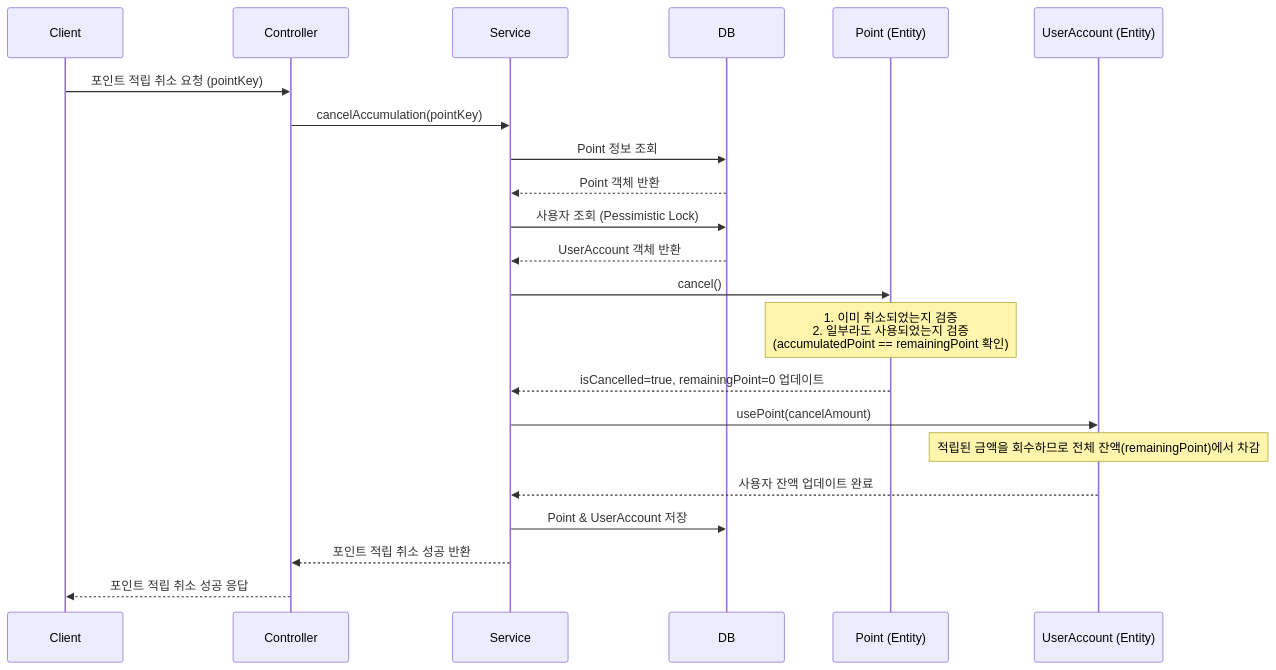
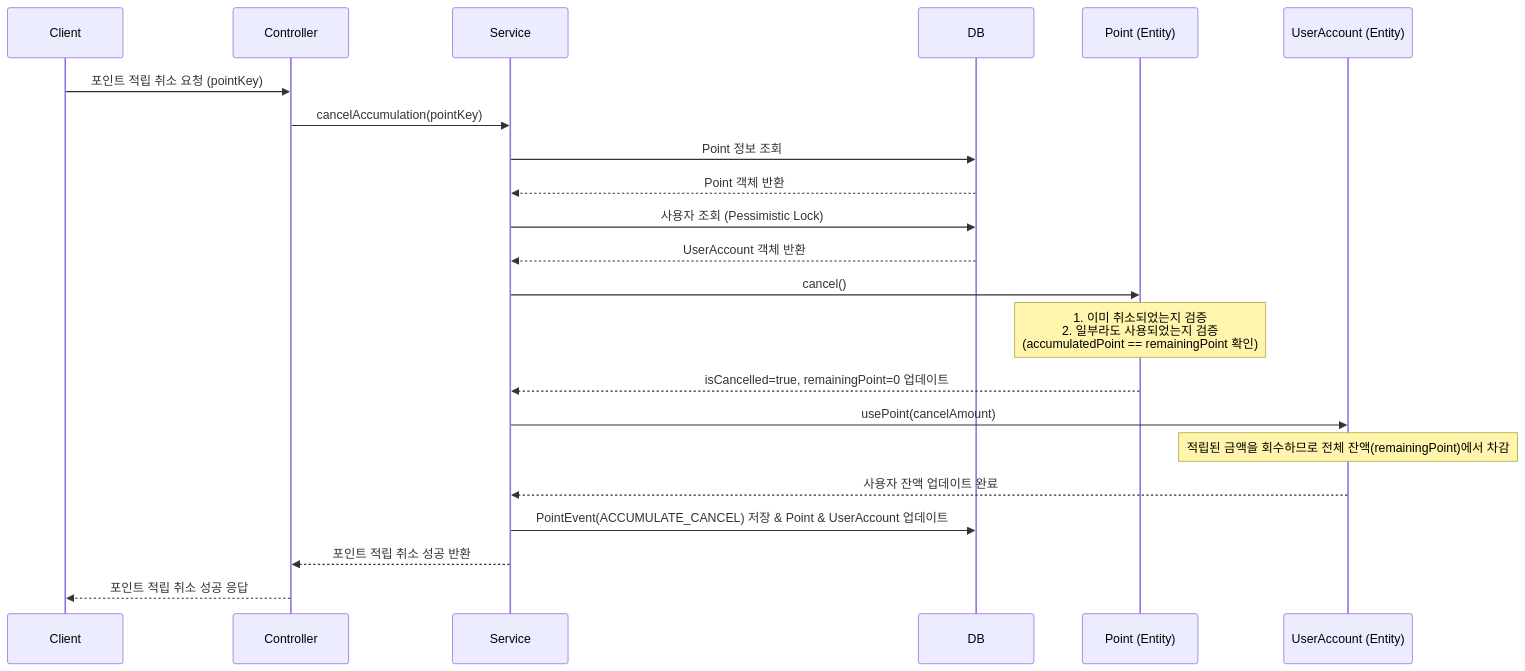
One commit to muzzaiwork/point changed the second of 4 diagrams in README.md. Above: the diagram before and after it, drawn with Mermaid. The commit also changed other lines of this file, not shown here.

Commit message:
README.md 포인트 적립 로직 변경 사항 반영 (pointSourceType, PointEvent, rootPointId)

````diff
--- a/README.md
+++ b/README.md
@@ -197,29 +199,29 @@
 ```mermaid
 sequenceDiagram
     participant Client
     participant Controller
     participant Service
     participant DB
     participant PointEntity as Point (Entity)
     participant UserAccountEntity as UserAccount (Entity)
 
     Client->>Controller: 포인트 적립 취소 요청 (pointKey)
     Controller->>Service: cancelAccumulation(pointKey)
     Service->>DB: Point 정보 조회
     DB-->>Service: Point 객체 반환
     
     Service->>DB: 사용자 조회 (Pessimistic Lock)
     DB-->>Service: UserAccount 객체 반환
     
     Service->>PointEntity: cancel()
     Note over PointEntity: 1. 이미 취소되었는지 검증<br/>2. 일부라도 사용되었는지 검증<br/>(accumulatedPoint == remainingPoint 확인)
     PointEntity-->>Service: isCancelled=true, remainingPoint=0 업데이트
     
     Service->>UserAccountEntity: usePoint(cancelAmount)
     Note over UserAccountEntity: 적립된 금액을 회수하므로 전체 잔액(remainingPoint)에서 차감
     UserAccountEntity-->>Service: 사용자 잔액 업데이트 완료
     
-    Service->>DB: Point & UserAccount 저장
+    Service->>DB: PointEvent(ACCUMULATE_CANCEL) 저장 & Point & UserAccount 업데이트
     Service-->>Controller: 포인트 적립 취소 성공 반환
     Controller-->>Client: 포인트 적립 취소 성공 응답
 ```
````
